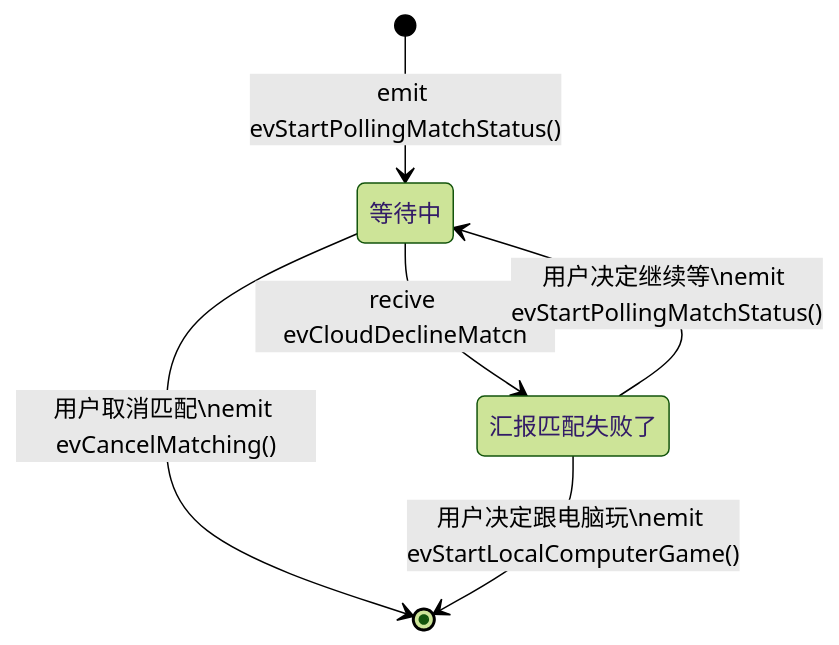
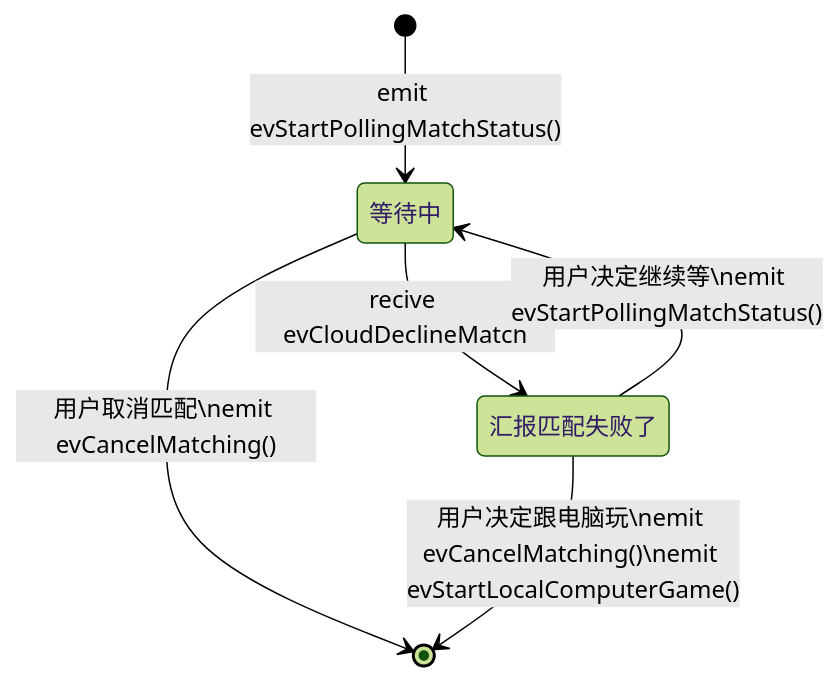
One commit to li6in9muyou/li6in9muyou.github.io changed the fourth of 5 diagrams in _posts/2022-10-03-kingz-mobile-tk2.md. Above: the diagram before and after it, drawn with Mermaid (forest theme). The commit also changed other lines of this file, not shown here.

````diff
--- a/_posts/2022-10-03-kingz-mobile-tk2.md
+++ b/_posts/2022-10-03-kingz-mobile-tk2.md
@@ -99,13 +99,13 @@
 ```mermaid
 stateDiagram-v2
 
 state "等待中" as A
 state "汇报匹配失败了" as B
 
 [*]-->A: emit evStartPollingMatchStatus()
 A-->[*]: 用户取消匹配\nemit evCancelMatching()
 A-->B: recive evCloudDeclineMatch
 B-->A: 用户决定继续等\nemit evStartPollingMatchStatus()
-B-->[*]: 用户决定跟电脑玩\nemit evStartLocalComputerGame()
+B-->[*]: 用户决定跟电脑玩\nemit evCancelMatching()\nemit evStartLocalComputerGame()
 
 ```
````
